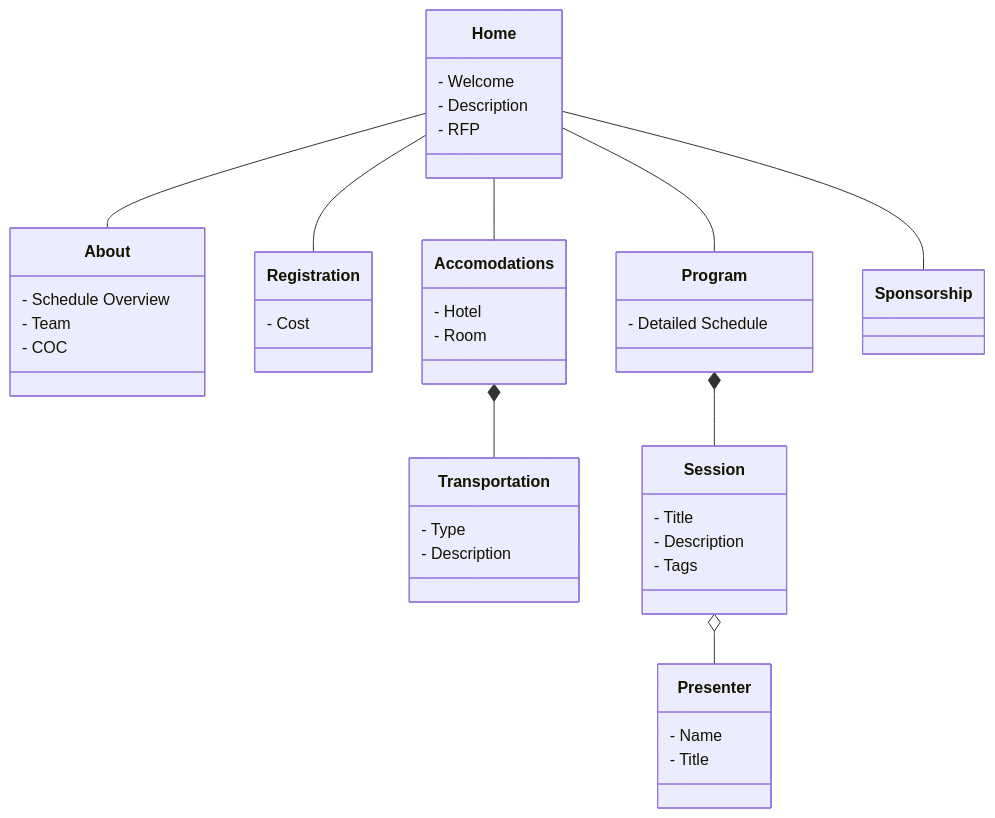
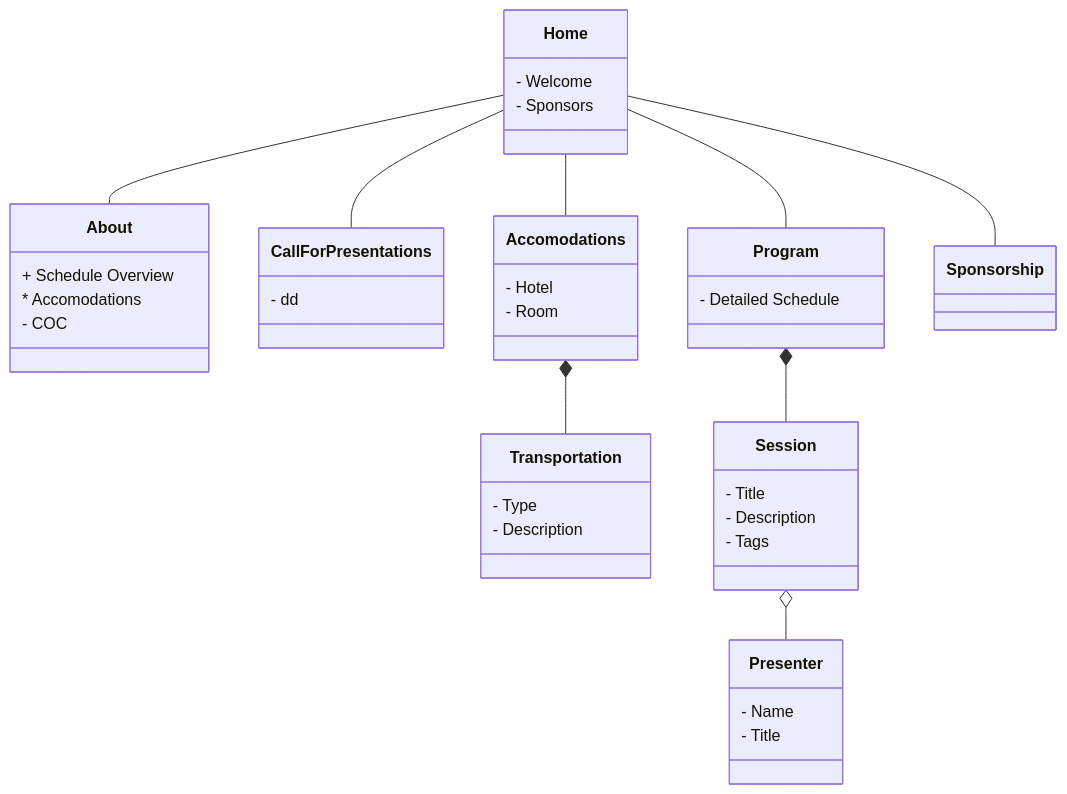
One commit to OSGeo-US/foss4g-na-2023 changed the diagram in README.md. Above: the diagram before and after it, drawn with Mermaid. The commit also changed other lines of this file and 2 other files, not shown here.

Commit message:
📦 NEW: add internal page navigation

````diff
--- a/README.md
+++ b/README.md
@@ -5,36 +5,37 @@
 ```mermaid
 classDiagram
     Home -- About
-    Home -- Registration
+    Home -- CallForPresentations
     Home -- Accomodations
     Home -- Program
     Home -- Sponsorship
     Home : - Welcome
-    Home : - Description
-    Home : - RFP
+    Home : - Sponsors
 
+    About : + Schedule Overview
+    About : * Accomodations
+    About : - COC
+
+    CallForPresentations : - dd
 
     Accomodations : - Hotel
     Accomodations : - Room
     Accomodations *-- Transportation
 
     Transportation : - Type
     Transportation : - Description
 
-    About : - Schedule Overview
-    About : - Team
-    About : - COC
 
     Program *-- Session
     Program : - Detailed Schedule
 
     Session : - Title
     Session : - Description
     Session : - Tags
     Session o-- Presenter
 
     Presenter : - Name
     Presenter : - Title
 
-    Registration : - Cost
+
 ```
````
